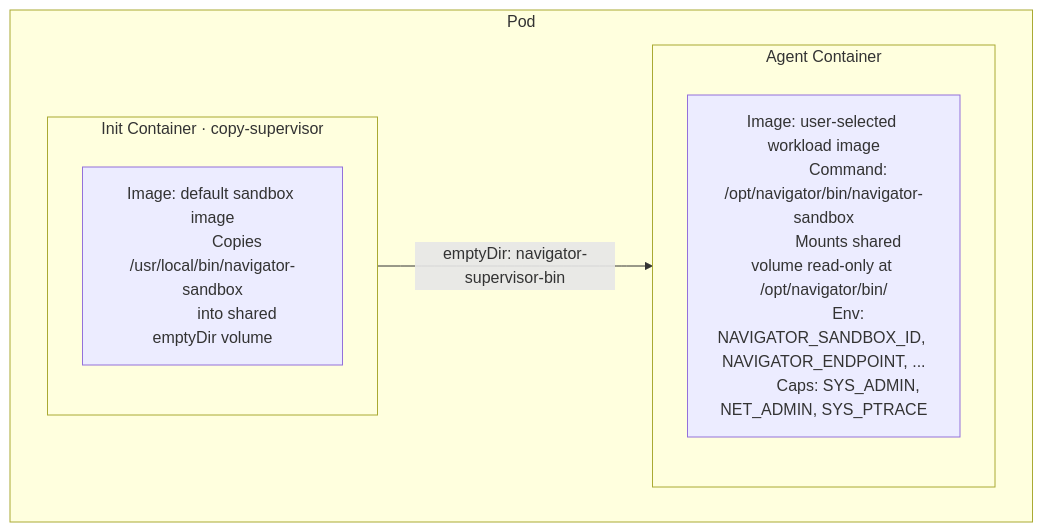
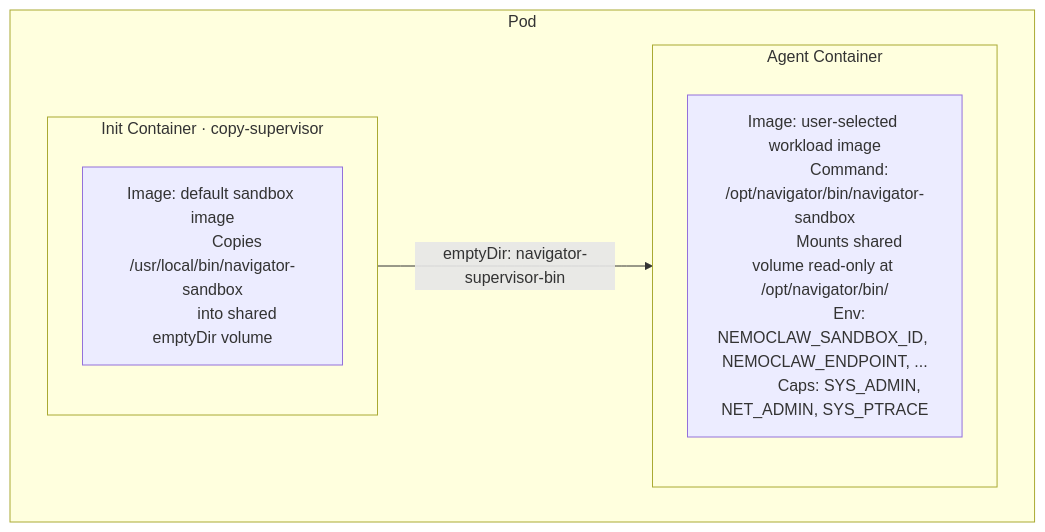
Before and after one commit to NVIDIA/OpenShell: the diagram in architecture/sandbox-custom-containers.md, drawn with Mermaid. The commit also changed other lines of this file and 93 other files, not shown here.

````diff
--- a/architecture/sandbox-custom-containers.md
+++ b/architecture/sandbox-custom-containers.md
@@ -9,20 +9,20 @@
 ```mermaid
 flowchart TB
     subgraph pod["Pod"]
         subgraph init["Init Container · copy-supervisor"]
             init_desc["Image: default sandbox image
             Copies /usr/local/bin/navigator-sandbox
             into shared emptyDir volume"]
         end
 
         init -- "emptyDir: navigator-supervisor-bin" --> agent
 
         subgraph agent["Agent Container"]
             agent_desc["Image: user-selected workload image
             Command: /opt/navigator/bin/navigator-sandbox
             Mounts shared volume read-only at /opt/navigator/bin/
-            Env: NAVIGATOR_SANDBOX_ID, NAVIGATOR_ENDPOINT, ...
+            Env: NEMOCLAW_SANDBOX_ID, NEMOCLAW_ENDPOINT, ...
             Caps: SYS_ADMIN, NET_ADMIN, SYS_PTRACE"]
         end
     end
 ```
````
